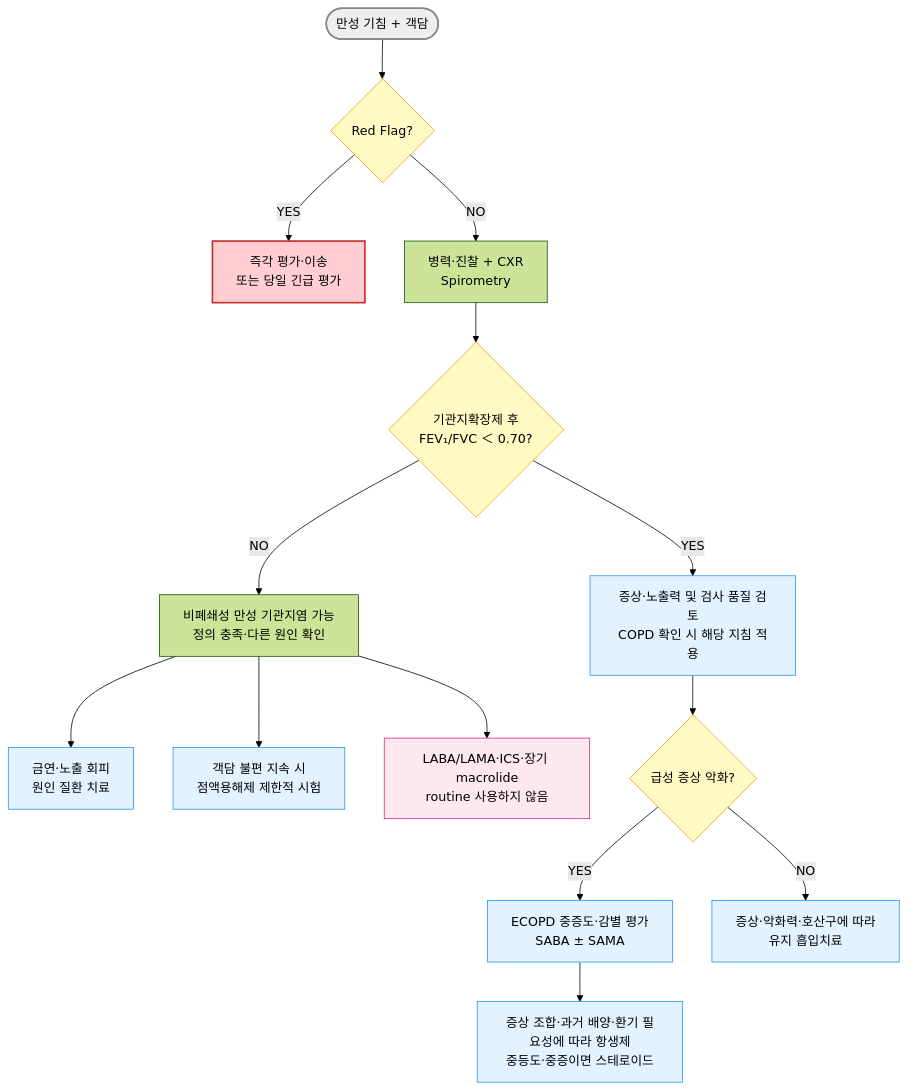
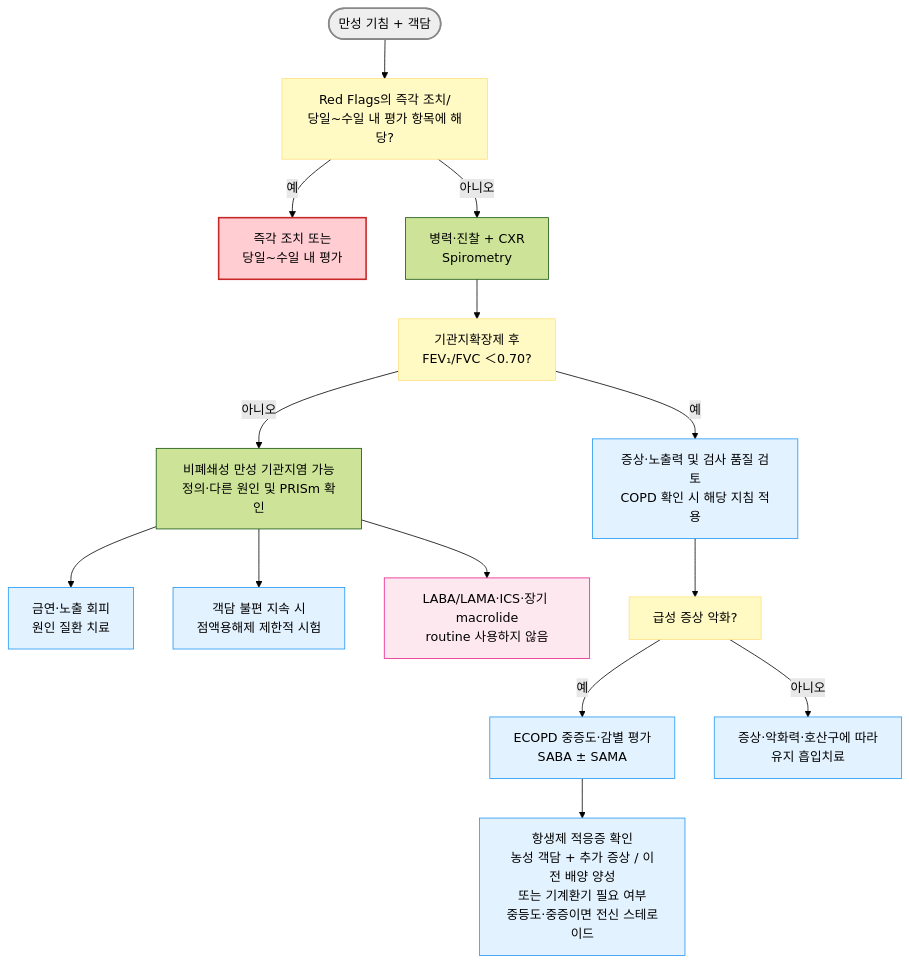
The diagram in 223_/067_-chronic-bronchitis.md (familyoh77/familyoh77), drawn with Mermaid (forest theme) before and after one commit. The commit also changed other lines of this file, not shown here.

````diff
--- a/223_/067_-chronic-bronchitis.md
+++ b/223_/067_-chronic-bronchitis.md
@@ -86,24 +94,24 @@
 ```mermaid
-graph TD
-    A([만성 기침 + 객담]) --> B{Red Flag?}
-    B -- YES --> C[즉각 평가·이송<br/>또는 당일 긴급 평가]
-    B -- NO --> D[병력·진찰 + CXR<br/>Spirometry]
-    D --> E{기관지확장제 후<br/>FEV₁/FVC ＜ 0.70?}
-    E -- YES --> F[증상·노출력 및 검사 품질 검토<br/>COPD 확인 시 해당 지침 적용]
-    E -- NO --> G[비폐쇄성 만성 기관지염 가능<br/>정의 충족·다른 원인 확인]
-    G --> H[금연·노출 회피<br/>원인 질환 치료]
-    G --> I[객담 불편 지속 시<br/>점액용해제 제한적 시험]
-    G --> J[LABA/LAMA·ICS·장기 macrolide<br/>routine 사용하지 않음]
-    F --> K{급성 증상 악화?}
-    K -- YES --> L[ECOPD 중증도·감별 평가<br/>SABA ± SAMA]
-    K -- NO --> M[증상·악화력·호산구에 따라<br/>유지 흡입치료]
-    L --> N[증상 조합·과거 배양·환기 필요성에 따라 항생제<br/>중등도·중증이면 스테로이드]
+flowchart TD
+    A(["만성 기침 + 객담"]) --> B["Red Flags의 즉각 조치/<br/>당일~수일 내 평가 항목에 해당?"]
+    B -- "예" --> C["즉각 조치 또는<br/>당일~수일 내 평가"]
+    B -- "아니오" --> D["병력·진찰 + CXR<br/>Spirometry"]
+    D --> E["기관지확장제 후<br/>FEV₁/FVC ＜0.70?"]
+    E -- "예" --> F["증상·노출력 및 검사 품질 검토<br/>COPD 확인 시 해당 지침 적용"]
+    E -- "아니오" --> G["비폐쇄성 만성 기관지염 가능<br/>정의·다른 원인 및 PRISm 확인"]
+    G --> H["금연·노출 회피<br/>원인 질환 치료"]
+    G --> I["객담 불편 지속 시<br/>점액용해제 제한적 시험"]
+    G --> J["LABA/LAMA·ICS·장기 macrolide<br/>routine 사용하지 않음"]
+    F --> K["급성 증상 악화?"]
+    K -- "예" --> L["ECOPD 중증도·감별 평가<br/>SABA ± SAMA"]
+    K -- "아니오" --> M["증상·악화력·호산구에 따라<br/>유지 흡입치료"]
+    L --> N["항생제 적응증 확인<br/>농성 객담 + 추가 증상 / 이전 배양 양성<br/>또는 기계환기 필요 여부<br/>중등도·중증이면 전신 스테로이드"]
 style A fill:#eeeeee,stroke:#888888,stroke-width:2px
-classDef yellow fill:#fff9c4,stroke:#f39c12
+classDef yellow fill:#fff9c4,stroke:#ffe082
 class B,E,K yellow
 classDef L_red fill:#ffcdd2,stroke:#c62828,stroke-width:2px
 class C L_red
 classDef sky fill:#e3f2ff,stroke:#2196f3
 class F,H,I,L,M,N sky
 style J fill:#fde8f0,stroke:#e91e8c
 ```
````
